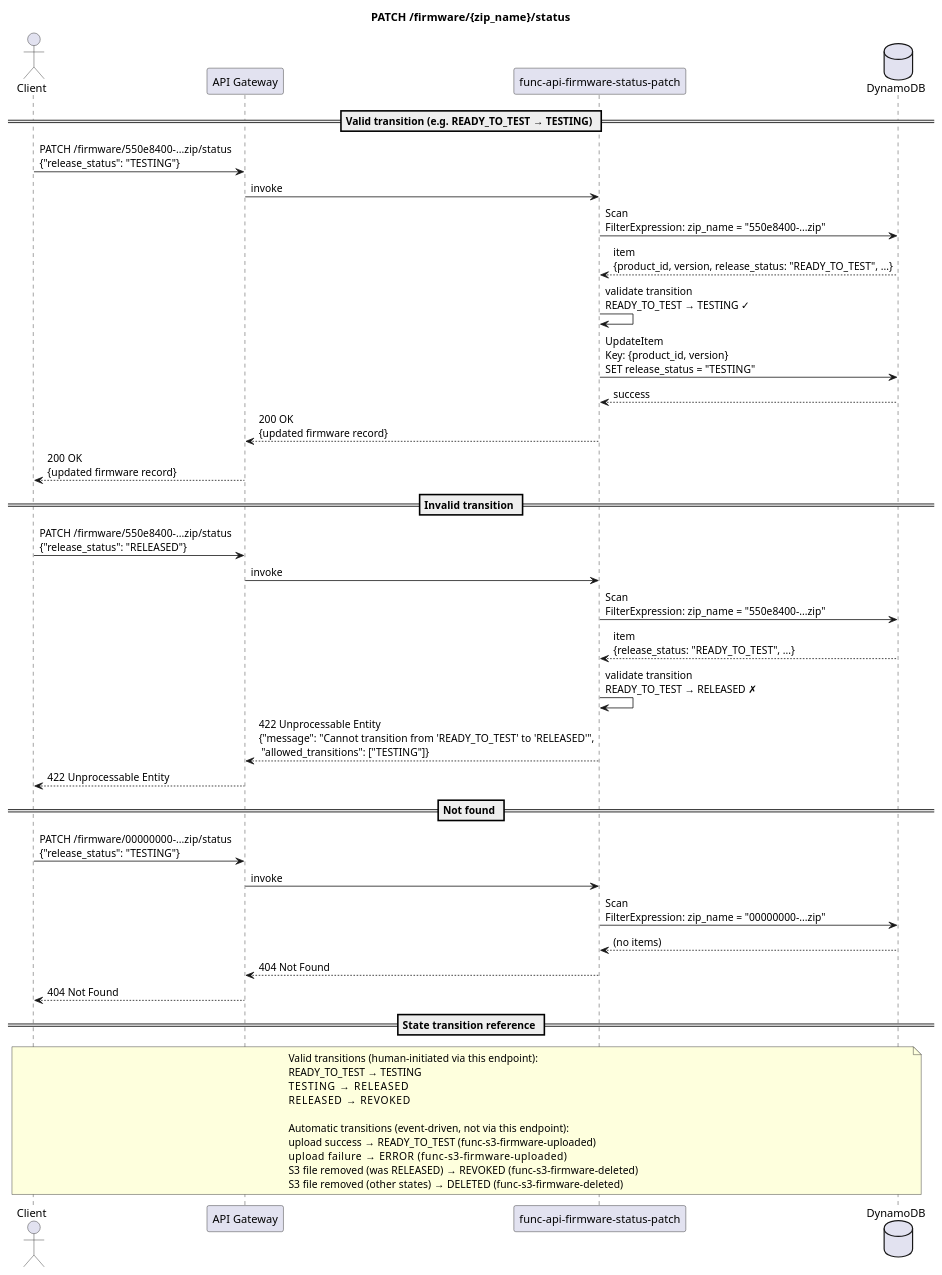
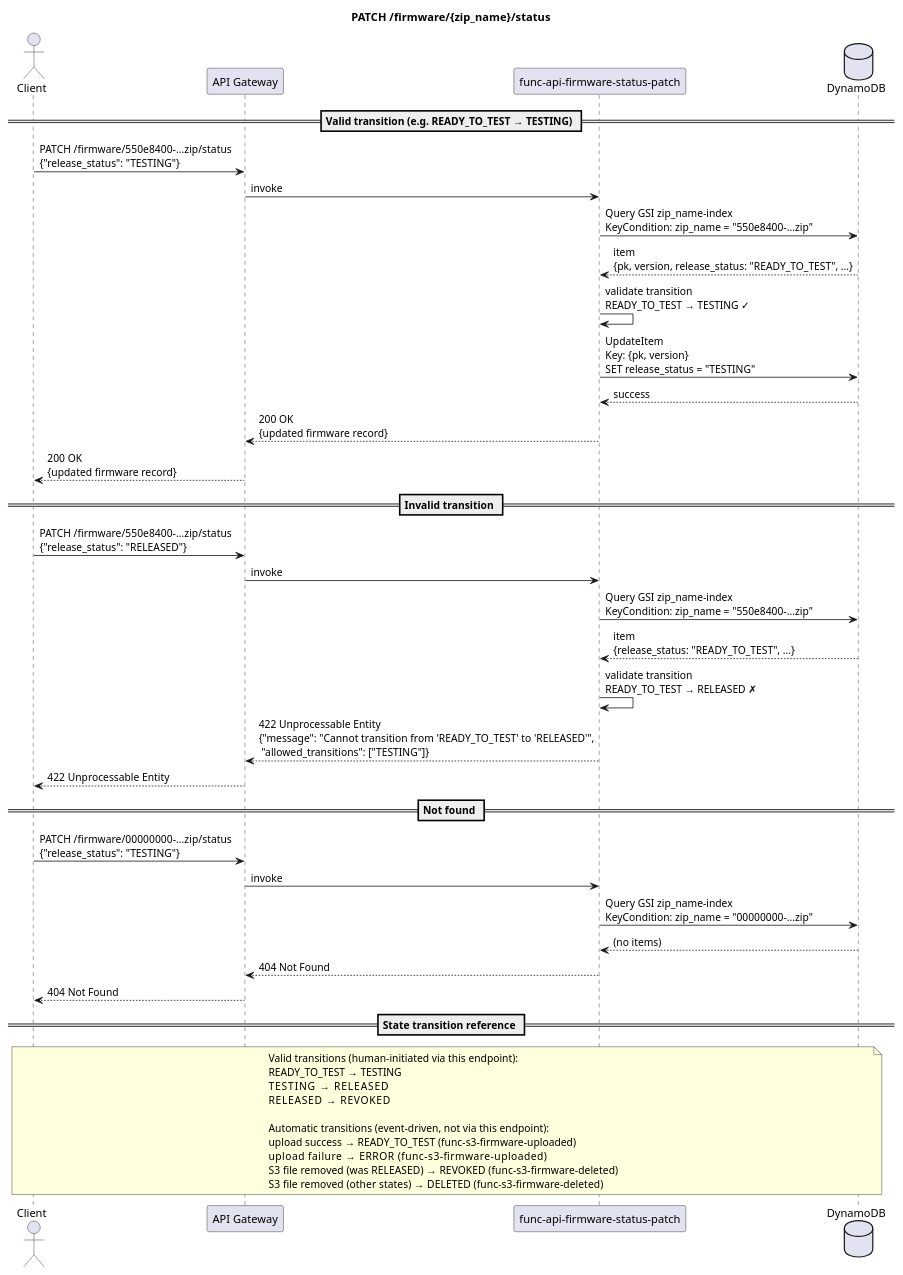
Before and after one commit to BrentIO/FireFly-Cloud: the diagram in docs/sequences/patch-firmware-status.puml, drawn with PlantUML. The commit also changed 14 other files, not shown here.

First line of the commit message:
Redesign DynamoDB schema with composite PK and GSIs

```diff
--- a/docs/sequences/patch-firmware-status.puml
+++ b/docs/sequences/patch-firmware-status.puml
@@ -1,56 +1,56 @@
 @startuml PATCH /firmware/{zip_name}/status
 
 title PATCH /firmware/{zip_name}/status
 
 actor Client
 participant "API Gateway" as APIGW
 participant "func-api-firmware-status-patch" as Lambda
 database DynamoDB
 
 == Valid transition (e.g. READY_TO_TEST → TESTING) ==
 
 Client -> APIGW : PATCH /firmware/550e8400-...zip/status\n{"release_status": "TESTING"}
 APIGW -> Lambda : invoke
-Lambda -> DynamoDB : Scan\nFilterExpression: zip_name = "550e8400-...zip"
-DynamoDB --> Lambda : item\n{product_id, version, release_status: "READY_TO_TEST", ...}
+Lambda -> DynamoDB : Query GSI zip_name-index\nKeyCondition: zip_name = "550e8400-...zip"
+DynamoDB --> Lambda : item\n{pk, version, release_status: "READY_TO_TEST", ...}
 Lambda -> Lambda : validate transition\nREADY_TO_TEST → TESTING ✓
-Lambda -> DynamoDB : UpdateItem\nKey: {product_id, version}\nSET release_status = "TESTING"
+Lambda -> DynamoDB : UpdateItem\nKey: {pk, version}\nSET release_status = "TESTING"
 DynamoDB --> Lambda : success
 Lambda --> APIGW : 200 OK\n{updated firmware record}
 APIGW --> Client : 200 OK\n{updated firmware record}
 
 == Invalid transition ==
 
 Client -> APIGW : PATCH /firmware/550e8400-...zip/status\n{"release_status": "RELEASED"}
 APIGW -> Lambda : invoke
-Lambda -> DynamoDB : Scan\nFilterExpression: zip_name = "550e8400-...zip"
+Lambda -> DynamoDB : Query GSI zip_name-index\nKeyCondition: zip_name = "550e8400-...zip"
 DynamoDB --> Lambda : item\n{release_status: "READY_TO_TEST", ...}
 Lambda -> Lambda : validate transition\nREADY_TO_TEST → RELEASED ✗
 Lambda --> APIGW : 422 Unprocessable Entity\n{"message": "Cannot transition from 'READY_TO_TEST' to 'RELEASED'",\n "allowed_transitions": ["TESTING"]}
 APIGW --> Client : 422 Unprocessable Entity
 
 == Not found ==
 
 Client -> APIGW : PATCH /firmware/00000000-...zip/status\n{"release_status": "TESTING"}
 APIGW -> Lambda : invoke
-Lambda -> DynamoDB : Scan\nFilterExpression: zip_name = "00000000-...zip"
+Lambda -> DynamoDB : Query GSI zip_name-index\nKeyCondition: zip_name = "00000000-...zip"
 DynamoDB --> Lambda : (no items)
 Lambda --> APIGW : 404 Not Found
 APIGW --> Client : 404 Not Found
 
 == State transition reference ==
 
 note over Client, DynamoDB
   Valid transitions (human-initiated via this endpoint):
   READY_TO_TEST → TESTING
   TESTING       → RELEASED
   RELEASED      → REVOKED
 
   Automatic transitions (event-driven, not via this endpoint):
   upload success → READY_TO_TEST  (func-s3-firmware-uploaded)
   upload failure → ERROR          (func-s3-firmware-uploaded)
   S3 file removed (was RELEASED)  → REVOKED  (func-s3-firmware-deleted)
   S3 file removed (other states)  → DELETED  (func-s3-firmware-deleted)
 end note
 
 @enduml
```
